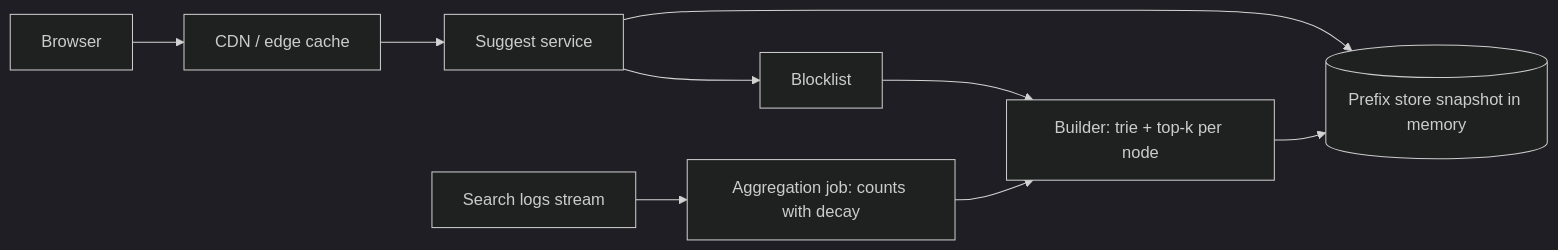
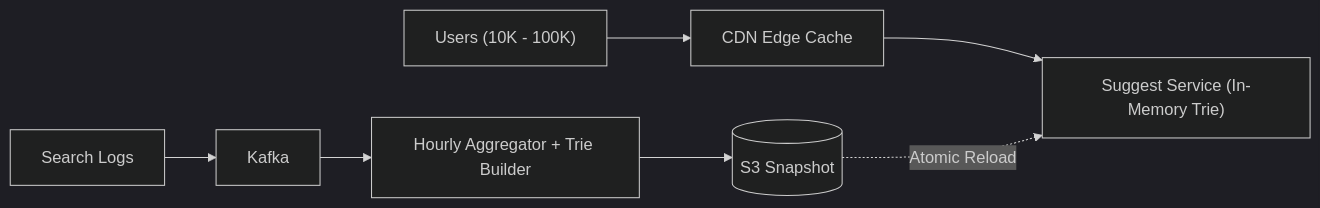
One commit to TapanKumarBarik/Backend-roadmap changed the second of 5 diagrams in content/system-design/22-interview-design-problems/22-typeahead-autocomplete/README.md. Above: the diagram before and after it, drawn with Mermaid (dark theme). The commit also changed other lines of this file and 37 other files, not shown here.

Commit message:
Upgrade Track 22 (37 interview design problems) with scale-by-scale architecture evolution

````diff
--- a/content/system-design/22-interview-design-problems/22-typeahead-autocomplete/README.md
+++ b/content/system-design/22-interview-design-problems/22-typeahead-autocomplete/README.md
@@ -105,10 +155,7 @@
 ```mermaid
 flowchart LR
-  U["Browser"] --> CDN["CDN / edge cache"]
-  CDN --> API["Suggest service"]
-  API --> PS[("Prefix store snapshot in memory")]
-  L["Search logs stream"] --> AG["Aggregation job: counts with decay"]
-  AG --> B["Builder: trie + top-k per node"] --> PS
-  BL["Blocklist"] --> B
-  API --> BL
+  U["Users (10K - 100K)"] --> CDN["CDN Edge Cache"]
+  CDN --> API["Suggest Service (In-Memory Trie)"]
+  SL["Search Logs"] --> K["Kafka"] --> AGG["Hourly Aggregator + Trie Builder"]
+  AGG --> OBJ[("S3 Snapshot")] -.->|"Atomic Reload"| API
 ```
````
